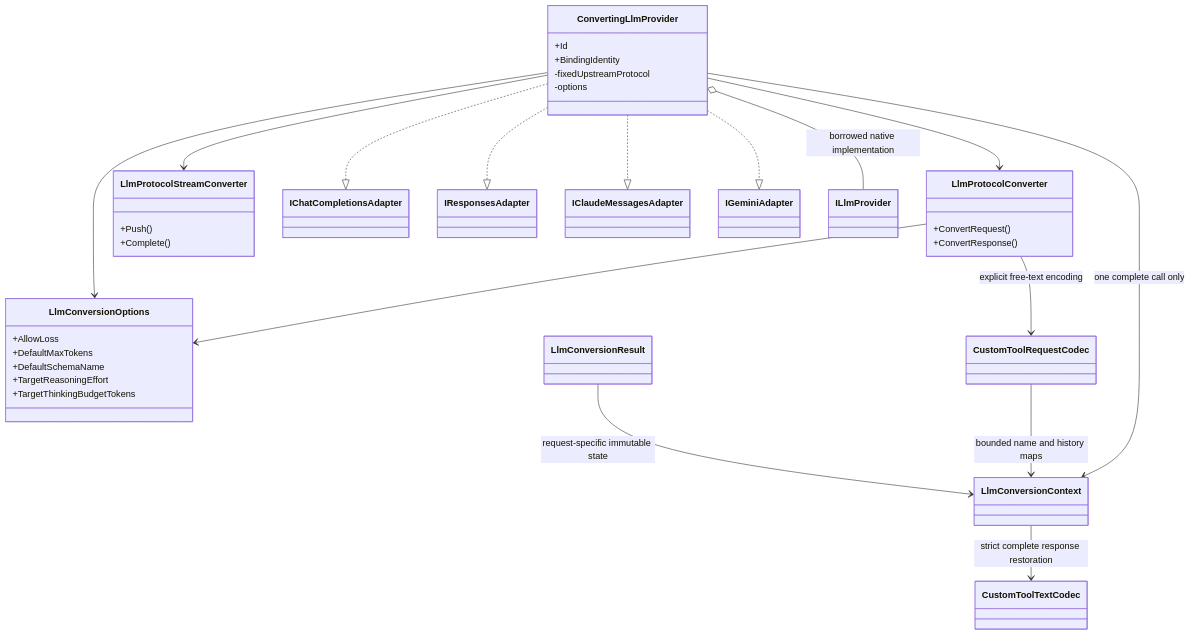
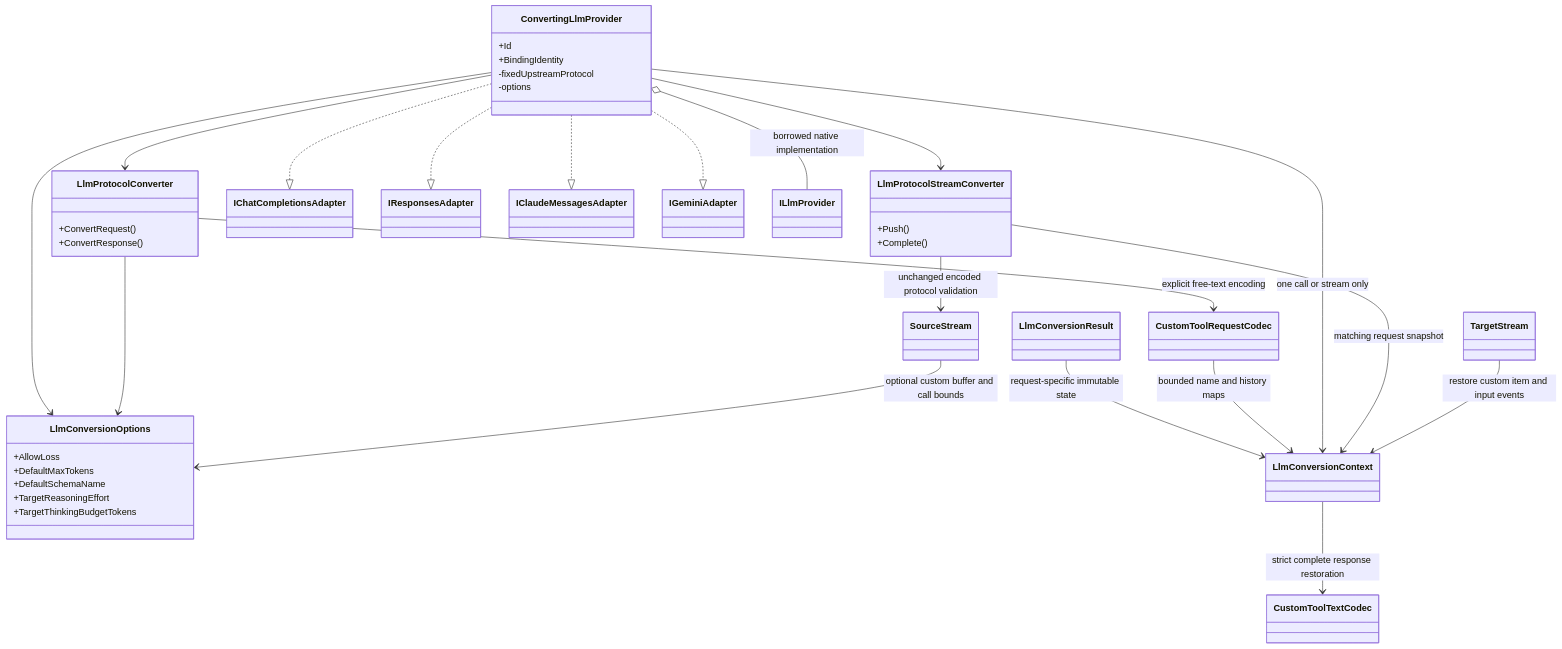
Before and after one commit to BenLampson/Asgard.Loki: the seventh of 8 diagrams in docs/architecture.md, drawn with Mermaid. The commit also changed other lines of this file and 23 other files, not shown here.

Commit message:
feat(conversion): restore custom tools in bounded streams

````diff
--- a/docs/architecture.md
+++ b/docs/architecture.md
@@ -240,38 +240,42 @@
 ```mermaid
 classDiagram
 class ConvertingLlmProvider {
   +Id
   +BindingIdentity
   -fixedUpstreamProtocol
   -options
 }
 class LlmProtocolConverter {
   +ConvertRequest()
   +ConvertResponse()
 }
 class LlmProtocolStreamConverter {
   +Push()
   +Complete()
 }
 class LlmConversionOptions {
   +AllowLoss
   +DefaultMaxTokens
   +DefaultSchemaName
   +TargetReasoningEffort
   +TargetThinkingBudgetTokens
 }
 ConvertingLlmProvider ..|> IChatCompletionsAdapter
 ConvertingLlmProvider ..|> IResponsesAdapter
 ConvertingLlmProvider ..|> IClaudeMessagesAdapter
 ConvertingLlmProvider ..|> IGeminiAdapter
 ConvertingLlmProvider o-- ILlmProvider : borrowed native implementation
 ConvertingLlmProvider --> LlmProtocolConverter
 ConvertingLlmProvider --> LlmProtocolStreamConverter
 ConvertingLlmProvider --> LlmConversionOptions
 LlmProtocolConverter --> LlmConversionOptions
 LlmConversionResult --> LlmConversionContext : request-specific immutable state
 LlmProtocolConverter --> CustomToolRequestCodec : explicit free-text encoding
 CustomToolRequestCodec --> LlmConversionContext : bounded name and history maps
 LlmConversionContext --> CustomToolTextCodec : strict complete response restoration
-ConvertingLlmProvider --> LlmConversionContext : one complete call only
+ConvertingLlmProvider --> LlmConversionContext : one call or stream only
+LlmProtocolStreamConverter --> LlmConversionContext : matching request snapshot
+LlmProtocolStreamConverter --> SourceStream : unchanged encoded protocol validation
+SourceStream --> LlmConversionOptions : optional custom buffer and call bounds
+TargetStream --> LlmConversionContext : restore custom item and input events
 ```
````
